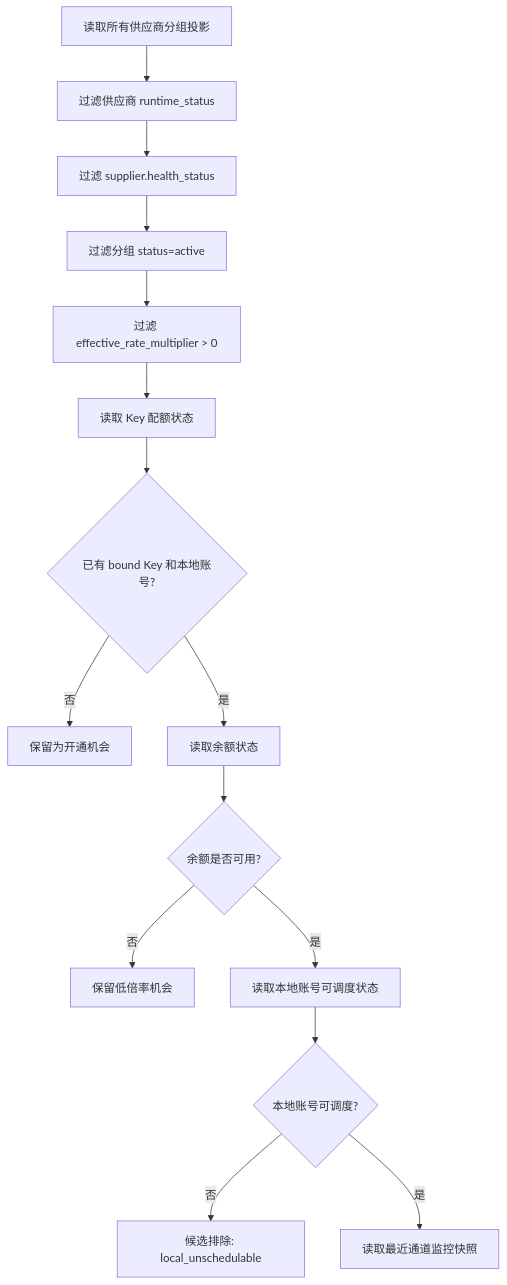
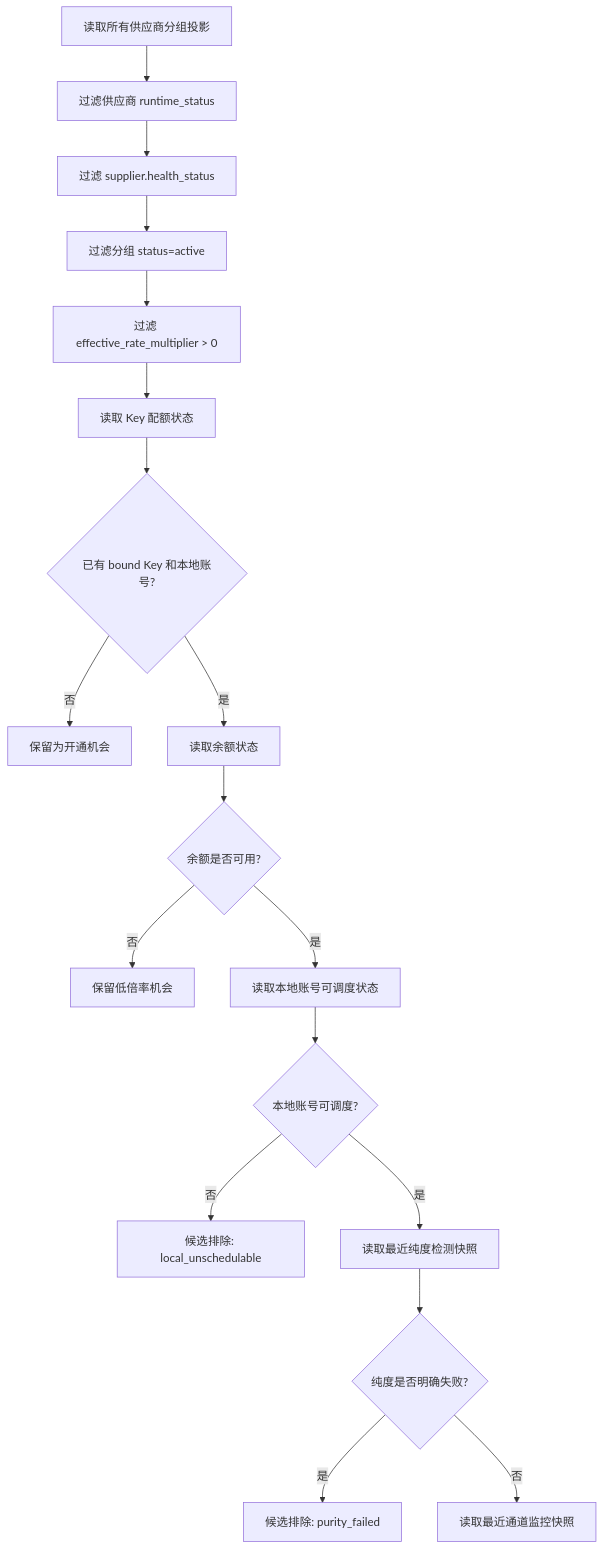
The sixth of 10 diagrams in docs/roadmap/supplier-architecture/03-sync-detection.md (openrelayllm/sub2api-admin-plus), drawn with Mermaid before and after one commit. The commit also changed other lines of this file and 17 other files, not shown here.

````diff
--- a/docs/roadmap/supplier-architecture/03-sync-detection.md
+++ b/docs/roadmap/supplier-architecture/03-sync-detection.md
@@ -155,17 +156,20 @@
 ```mermaid
 flowchart TD
     A[读取所有供应商分组投影] --> B[过滤供应商 runtime_status]
     B --> C[过滤 supplier.health_status]
     C --> D[过滤分组 status=active]
     D --> E[过滤 effective_rate_multiplier > 0]
     E --> F[读取 Key 配额状态]
     F --> G{已有 bound Key 和本地账号?}
     G -->|否| G1[保留为开通机会]
     G -->|是| H[读取余额状态]
     H --> I{余额是否可用?}
     I -->|否| I1[保留低倍率机会]
     I -->|是| J[读取本地账号可调度状态]
     J --> K{本地账号可调度?}
     K -->|否| K1[候选排除: local_unschedulable]
-    K -->|是| L[读取最近通道监控快照]
+    K -->|是| L[读取最近纯度检测快照]
+    L --> L1{纯度是否明确失败?}
+    L1 -->|是| L2[候选排除: purity_failed]
+    L1 -->|否| L3[读取最近通道监控快照]
 ```
````
